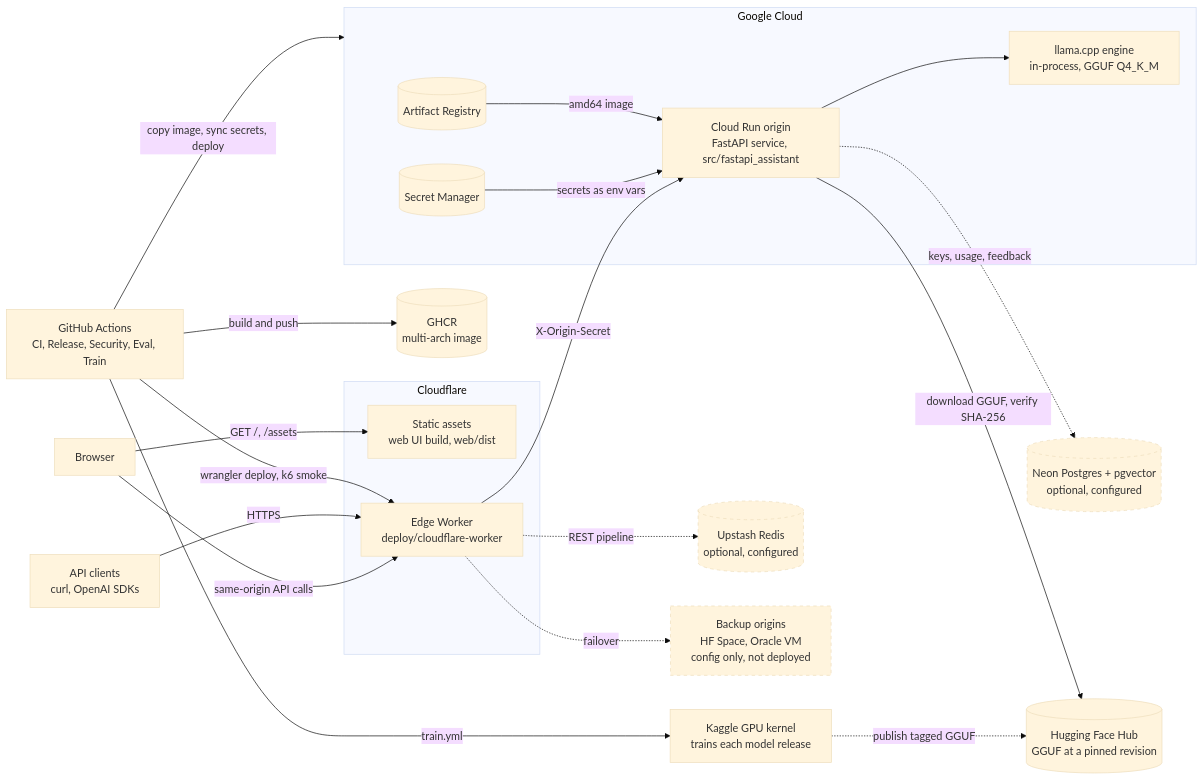
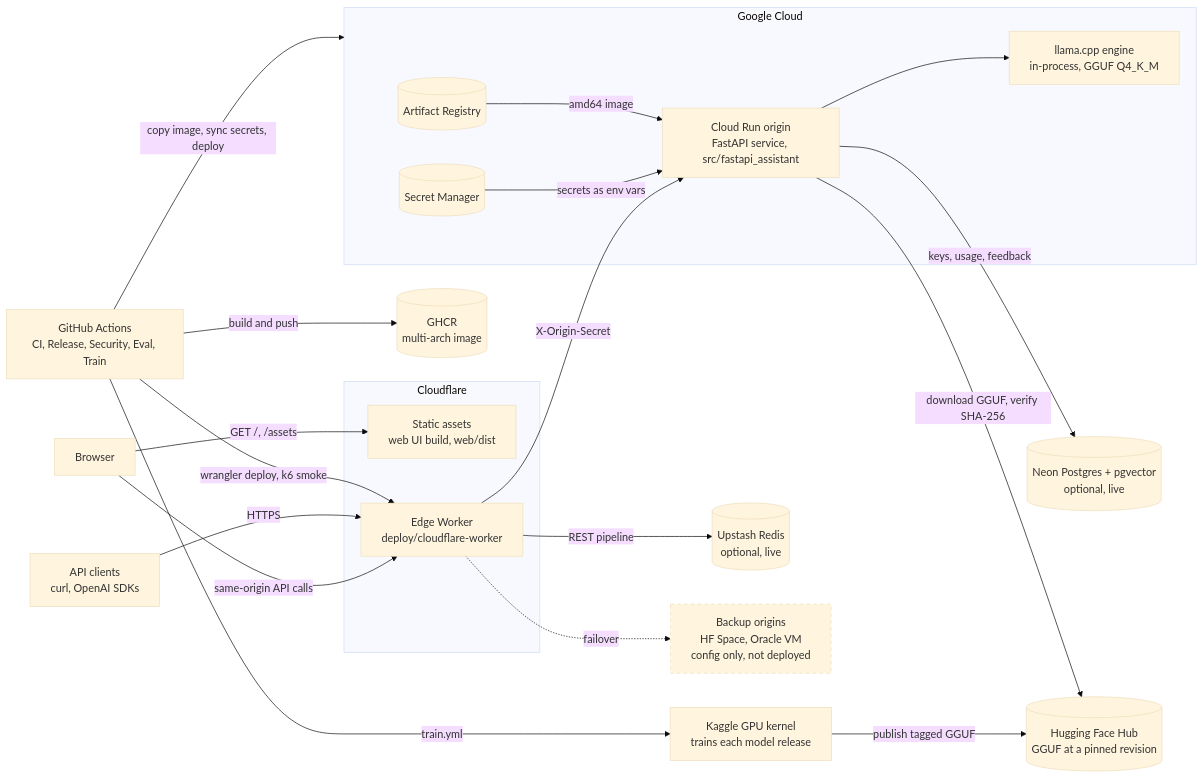
One commit to syed-waleed-ahmed/Niche-Finetuned-Model changed the diagram in docs/architecture/SYSTEM_ARCHITECTURE.md. Above: the diagram before and after it, drawn with Mermaid (base theme). The commit also changed other lines of this file and 23 other files, not shown here.

````diff
--- a/docs/architecture/SYSTEM_ARCHITECTURE.md
+++ b/docs/architecture/SYSTEM_ARCHITECTURE.md
@@ -44,46 +44,46 @@
 ```mermaid
 flowchart LR
     Client["API clients<br/>curl, OpenAI SDKs"]
     Browser["Browser"]
 
     subgraph CF["Cloudflare"]
         Assets["Static assets<br/>web UI build, web/dist"]
         Worker["Edge Worker<br/>deploy/cloudflare-worker"]
     end
 
-    Redis[("Upstash Redis<br/>optional, configured")]
+    Redis[("Upstash Redis<br/>optional, live")]
     Backup["Backup origins<br/>HF Space, Oracle VM<br/>config only, not deployed"]
 
     subgraph GCP["Google Cloud"]
         Run["Cloud Run origin<br/>FastAPI service, src/fastapi_assistant"]
         Engine["llama.cpp engine<br/>in-process, GGUF Q4_K_M"]
         SM[("Secret Manager")]
         AR[("Artifact Registry")]
     end
 
-    PG[("Neon Postgres + pgvector<br/>optional, configured")]
+    PG[("Neon Postgres + pgvector<br/>optional, live")]
     Hub[("Hugging Face Hub<br/>GGUF at a pinned revision")]
     GHA["GitHub Actions<br/>CI, Release, Security, Eval, Train"]
     GHCR[("GHCR<br/>multi-arch image")]
     Kaggle["Kaggle GPU kernel<br/>trains each model release"]
 
     Browser -->|"GET /, /assets"| Assets
     Browser -->|"same-origin API calls"| Worker
     Client -->|HTTPS| Worker
-    Worker -.->|"REST pipeline"| Redis
+    Worker -->|"REST pipeline"| Redis
     Worker -->|"X-Origin-Secret"| Run
     Worker -.->|"failover"| Backup
     Run --> Engine
-    Run -.->|"keys, usage, feedback"| PG
+    Run -->|"keys, usage, feedback"| PG
     Run -->|"download GGUF, verify SHA-256"| Hub
     SM -->|"secrets as env vars"| Run
     AR -->|"amd64 image"| Run
     GHA -->|"build and push"| GHCR
     GHA -->|"copy image, sync secrets, deploy"| GCP
     GHA -->|"wrangler deploy, k6 smoke"| Worker
     GHA -->|"train.yml"| Kaggle
-    Kaggle -.->|"publish tagged GGUF"| Hub
+    Kaggle -->|"publish tagged GGUF"| Hub
 
     classDef optional stroke-dasharray: 5 5
-    class Redis,Backup,PG optional
+    class Backup optional
 ```
````
